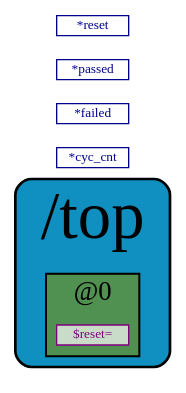
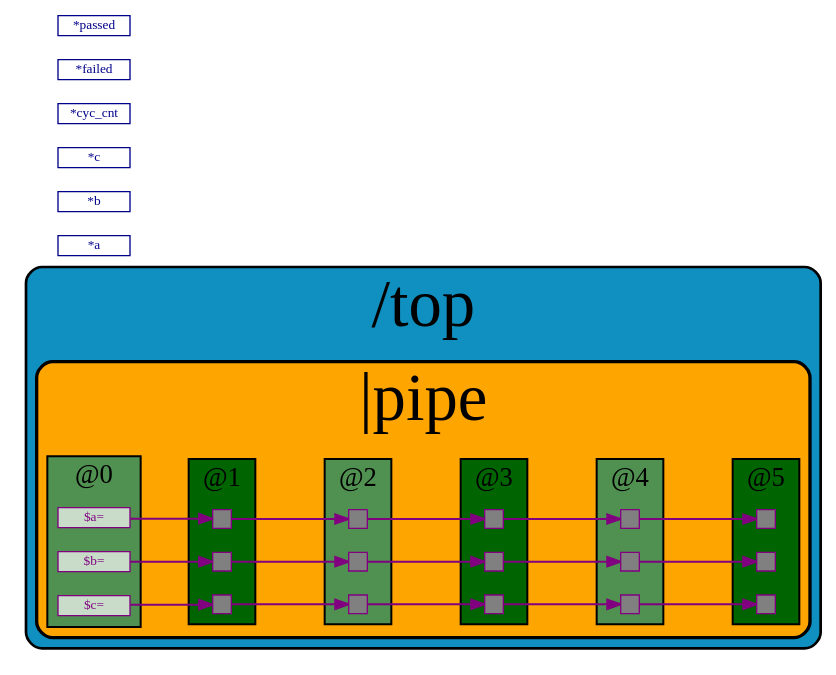
Before and after one commit to develone/sandpiper_test: the diagram in half_adder/top_trans.dot, drawn with Graphviz. The commit also changed 12 other files, not shown here.

```diff
--- a/half_adder/top_trans.dot
+++ b/half_adder/top_trans.dot
@@ -1,48 +1,170 @@
 // Generated by SandPiper(TM) 1.9-2018/02/11-beta from Redwood EDA.
 // (Installed here: /home/devel/SandPiper_1.9-2018_02_11-beta_distro.)
 // Redwood EDA does not claim intellectual property rights to this file and provides no warranty regarding its correctness or quality.
 
 
 // Transaction Flow Graph:
 
 strict digraph "top.tlv" {
    graph [layout = dot, rankdir = "LR", outputorder = edgesfirst, splines = ortho];
    node [layer = 4, shape = star, height = 0.02, style = filled, fontsize = 10, fontcolor = "purple", color = "purple", fillcolor = "#ffffffb0", penwidth = 1.0, margin = "0.03,0.03"];
    edge [layer = 3, weight = 4, penwidth = 1.5, color = "purple", fontcolor = "#00D000", labelfontcolor = "purple"];
    subgraph "cluster." {
       fillcolor = "#1090c0"
       style = "filled,rounded"
       penwidth = 2.0
       fontsize = 50
       tooltip = "/top"
       id = "id0{logical_entity=#Q##Q#}"
       label = "/top"
-      subgraph "cluster.stage0" {
-         "$reset@0" [fillcolor = "#ffffffb0", shape = box, label = "$reset=", id = "id1{logical_entity=#Q#$reset#Q#}", tooltip = "$reset = *reset;"];
-      }
-      subgraph "cluster.stage0" {
-         style = "filled"
-         fontsize = 20
-         penwidth = 1.5
-         label = "@0"
-         id = "id2{logical_entity=#Q#|none@0#Q#}"
-         tooltip = "@0"
-         fillcolor = "#509050"
-      }
       subgraph "cluster.|none" {
          fillcolor = "orange"
          style = "filled,rounded"
          penwidth = 2.5
          fontsize = 50
          tooltip = "|none"
-         id = "id3{logical_entity=#Q#|none#Q#}"
+         id = "id1{logical_entity=#Q#|none#Q#}"
          label = "|none"
+      }
+      subgraph "cluster.|pipe" {
+         fillcolor = "orange"
+         style = "filled,rounded"
+         penwidth = 2.5
+         fontsize = 50
+         tooltip = "|pipe"
+         id = "id2{logical_entity=#Q#|pipe#Q#}"
+         label = "|pipe"
+         subgraph "cluster.stage0" {
+            "|pipe$a@0" [fillcolor = "#ffffffb0", shape = box, label = "$a=", id = "id3{logical_entity=#Q#|pipe$a#Q#}", tooltip = "$a[1:0] = a ;"];
+         }
+         subgraph "cluster.stage1" {
+            "|pipe$a@1" [label = "", shape = box, fixedsize = true, width = 0.2, height = 0.2, penwidth = 1.0, shape = box, fillcolor = grey];
+         }
+         subgraph "cluster.stage2" {
+            "|pipe$a@2" [label = "", shape = box, fixedsize = true, width = 0.2, height = 0.2, penwidth = 1.0, shape = box, fillcolor = grey];
+         }
+         subgraph "cluster.stage3" {
+            "|pipe$a@3" [label = "", shape = box, fixedsize = true, width = 0.2, height = 0.2, penwidth = 1.0, shape = box, fillcolor = grey];
+         }
+         subgraph "cluster.stage4" {
+            "|pipe$a@4" [label = "", shape = box, fixedsize = true, width = 0.2, height = 0.2, penwidth = 1.0, shape = box, fillcolor = grey];
+         }
+         subgraph "cluster.stage5" {
+            "|pipe$a@5" [label = "", shape = box, fixedsize = true, width = 0.2, height = 0.2, penwidth = 1.0, shape = box, fillcolor = grey];
+         }
+         subgraph "cluster.stage0" {
+            "|pipe$b@0" [fillcolor = "#ffffffb0", shape = box, label = "$b=", id = "id9{logical_entity=#Q#|pipe$b#Q#}", tooltip = "$b[1:0] = b;"];
+         }
+         subgraph "cluster.stage1" {
+            "|pipe$b@1" [label = "", shape = box, fixedsize = true, width = 0.2, height = 0.2, penwidth = 1.0, shape = box, fillcolor = grey];
+         }
+         subgraph "cluster.stage2" {
+            "|pipe$b@2" [label = "", shape = box, fixedsize = true, width = 0.2, height = 0.2, penwidth = 1.0, shape = box, fillcolor = grey];
+         }
+         subgraph "cluster.stage3" {
+            "|pipe$b@3" [label = "", shape = box, fixedsize = true, width = 0.2, height = 0.2, penwidth = 1.0, shape = box, fillcolor = grey];
+         }
+         subgraph "cluster.stage4" {
+            "|pipe$b@4" [label = "", shape = box, fixedsize = true, width = 0.2, height = 0.2, penwidth = 1.0, shape = box, fillcolor = grey];
+         }
+         subgraph "cluster.stage5" {
+            "|pipe$b@5" [label = "", shape = box, fixedsize = true, width = 0.2, height = 0.2, penwidth = 1.0, shape = box, fillcolor = grey];
+         }
+         subgraph "cluster.stage0" {
+            "|pipe$c@0" [fillcolor = "#ffffffb0", shape = box, label = "$c=", id = "id15{logical_entity=#Q#|pipe$c#Q#}", tooltip = "$c[4:0] = c;"];
+         }
+         subgraph "cluster.stage1" {
+            "|pipe$c@1" [label = "", shape = box, fixedsize = true, width = 0.2, height = 0.2, penwidth = 1.0, shape = box, fillcolor = grey];
+         }
+         subgraph "cluster.stage2" {
+            "|pipe$c@2" [label = "", shape = box, fixedsize = true, width = 0.2, height = 0.2, penwidth = 1.0, shape = box, fillcolor = grey];
+         }
+         subgraph "cluster.stage3" {
+            "|pipe$c@3" [label = "", shape = box, fixedsize = true, width = 0.2, height = 0.2, penwidth = 1.0, shape = box, fillcolor = grey];
+         }
+         subgraph "cluster.stage4" {
+            "|pipe$c@4" [label = "", shape = box, fixedsize = true, width = 0.2, height = 0.2, penwidth = 1.0, shape = box, fillcolor = grey];
+         }
+         subgraph "cluster.stage5" {
+            "|pipe$c@5" [label = "", shape = box, fixedsize = true, width = 0.2, height = 0.2, penwidth = 1.0, shape = box, fillcolor = grey];
+         }
+         subgraph "cluster.stage0" {
+            style = "filled"
+            fontsize = 20
+            penwidth = 1.5
+            label = "@0"
+            id = "id21{logical_entity=#Q#|pipe@0#Q#}"
+            tooltip = "|pipe@0"
+            fillcolor = "#509050"
+         }
+         subgraph "cluster.stage1" {
+            style = "filled"
+            fontsize = 20
+            penwidth = 1.5
+            label = "@1"
+            id = "id22{logical_entity=#Q#|pipe@2#Q#}"
+            tooltip = "|pipe@1"
+            fillcolor = "darkgreen"
+         }
+         subgraph "cluster.stage2" {
+            style = "filled"
+            fontsize = 20
+            penwidth = 1.5
+            label = "@2"
+            id = "id23{logical_entity=#Q#|pipe@4#Q#}"
+            tooltip = "|pipe@2"
+            fillcolor = "#509050"
+         }
+         subgraph "cluster.stage3" {
+            style = "filled"
+            fontsize = 20
+            penwidth = 1.5
+            label = "@3"
+            id = "id24{logical_entity=#Q#|pipe@6#Q#}"
+            tooltip = "|pipe@3"
+            fillcolor = "darkgreen"
+         }
+         subgraph "cluster.stage4" {
+            style = "filled"
+            fontsize = 20
+            penwidth = 1.5
+            label = "@4"
+            id = "id25{logical_entity=#Q#|pipe@8#Q#}"
+            tooltip = "|pipe@4"
+            fillcolor = "#509050"
+         }
+         subgraph "cluster.stage5" {
+            style = "filled"
+            fontsize = 20
+            penwidth = 1.5
+            label = "@5"
+            id = "id26{logical_entity=#Q#|pipe@10#Q#}"
+            tooltip = "|pipe@5"
+            fillcolor = "darkgreen"
+         }
       }
    }
 
+"*a" [shape = box, color = "#00008b", fontcolor = "#00008b", fillcolor = white];
+"*b" [shape = box, color = "#00008b", fontcolor = "#00008b", fillcolor = white];
+"*c" [shape = box, color = "#00008b", fontcolor = "#00008b", fillcolor = white];
 "*cyc_cnt" [shape = box, color = "#00008b", fontcolor = "#00008b", fillcolor = white];
 "*failed" [shape = box, color = "#00008b", fontcolor = "#00008b", fillcolor = white];
 "*passed" [shape = box, color = "#00008b", fontcolor = "#00008b", fillcolor = white];
-"*reset" [shape = box, color = "#00008b", fontcolor = "#00008b", fillcolor = white];
 
+"|pipe$a@0" -> "|pipe$a@1" [id = "id4{logical_entity=#Q#|pipe$a#Q#}", weight = 10]
+"|pipe$a@1" -> "|pipe$a@2" [id = "id5{logical_entity=#Q#|pipe$a#Q#}", weight = 10]
+"|pipe$a@2" -> "|pipe$a@3" [id = "id6{logical_entity=#Q#|pipe$a#Q#}", weight = 10]
+"|pipe$a@3" -> "|pipe$a@4" [id = "id7{logical_entity=#Q#|pipe$a#Q#}", weight = 10]
+"|pipe$a@4" -> "|pipe$a@5" [id = "id8{logical_entity=#Q#|pipe$a#Q#}", weight = 10]
+"|pipe$b@0" -> "|pipe$b@1" [id = "id10{logical_entity=#Q#|pipe$b#Q#}", weight = 10]
+"|pipe$b@1" -> "|pipe$b@2" [id = "id11{logical_entity=#Q#|pipe$b#Q#}", weight = 10]
+"|pipe$b@2" -> "|pipe$b@3" [id = "id12{logical_entity=#Q#|pipe$b#Q#}", weight = 10]
+"|pipe$b@3" -> "|pipe$b@4" [id = "id13{logical_entity=#Q#|pipe$b#Q#}", weight = 10]
+"|pipe$b@4" -> "|pipe$b@5" [id = "id14{logical_entity=#Q#|pipe$b#Q#}", weight = 10]
+"|pipe$c@0" -> "|pipe$c@1" [id = "id16{logical_entity=#Q#|pipe$c#Q#}", weight = 10]
+"|pipe$c@1" -> "|pipe$c@2" [id = "id17{logical_entity=#Q#|pipe$c#Q#}", weight = 10]
+"|pipe$c@2" -> "|pipe$c@3" [id = "id18{logical_entity=#Q#|pipe$c#Q#}", weight = 10]
+"|pipe$c@3" -> "|pipe$c@4" [id = "id19{logical_entity=#Q#|pipe$c#Q#}", weight = 10]
+"|pipe$c@4" -> "|pipe$c@5" [id = "id20{logical_entity=#Q#|pipe$c#Q#}", weight = 10]
 }
```
